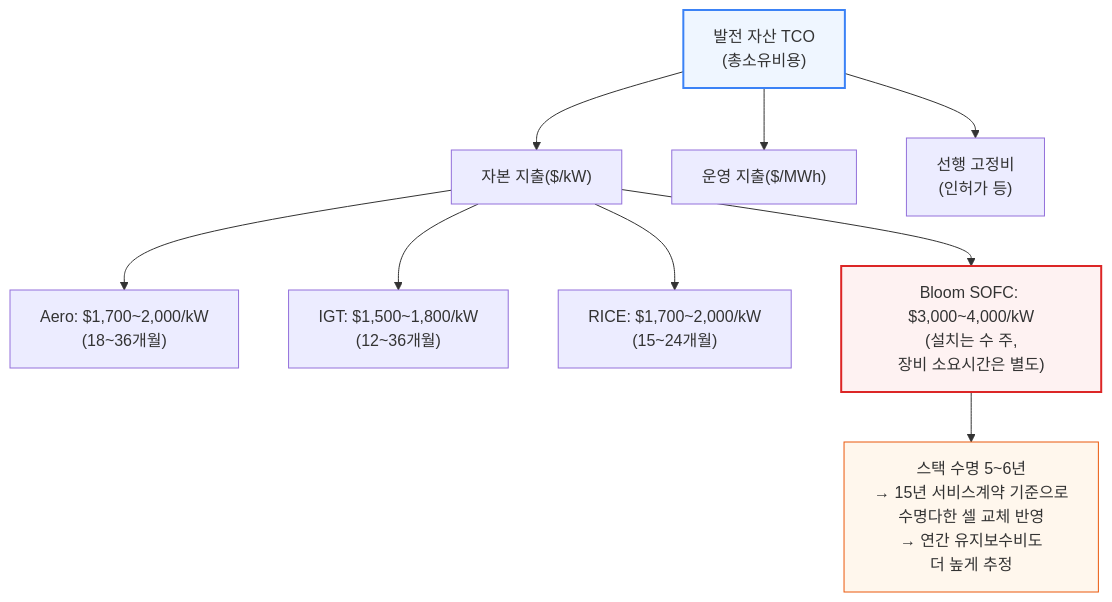
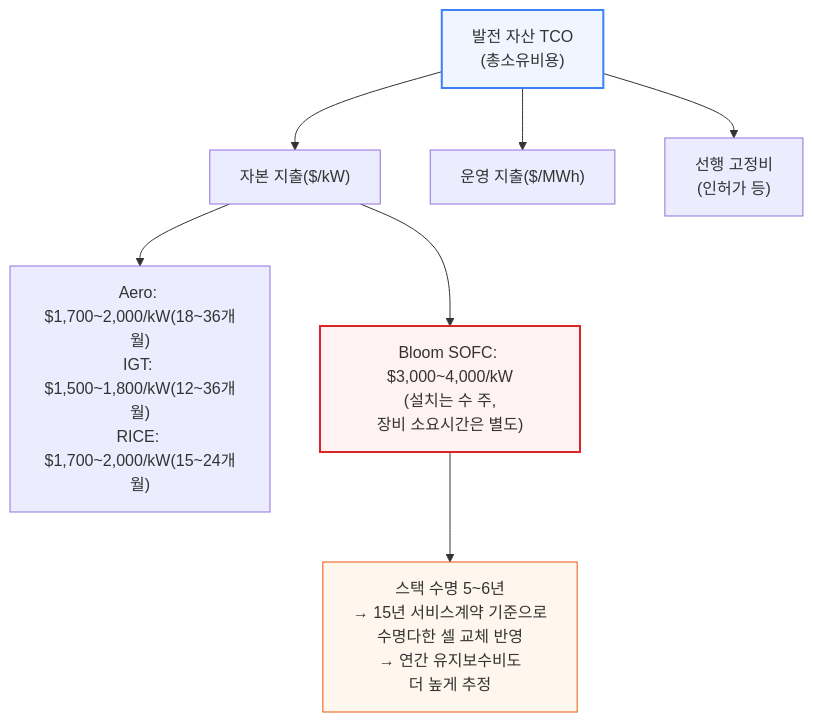
Diagram 30 of 34 in 원본 해석/[251231] AI 랩들은 어떻게 전력난을 해결하는가 - 온사이트 가스 딥다이브.md (yohan4477/semi-report), drawn with Mermaid before and after one commit. The commit also changed other lines of this file, not shown here.

First line of the commit message:
Fix all remaining diagram width violations in onsite gas doc (v14.0)

````diff
--- a/원본 해석/[251231] AI 랩들은 어떻게 전력난을 해결하는가 - 온사이트 가스 딥다이브.md
+++ b/원본 해석/[251231] AI 랩들은 어떻게 전력난을 해결하는가 - 온사이트 가스 딥다이브.md
@@ -977,17 +890,15 @@
 ```mermaid
 flowchart TD
     TCO["발전 자산 TCO<br/>(총소유비용)"] --> Capex["자본 지출($/kW)"]
     TCO --> Opex["운영 지출($/MWh)"]
     TCO --> Upfront["선행 고정비<br/>(인허가 등)"]
 
-    Capex --> AeroC["Aero: $1,700~2,000/kW<br/>(18~36개월)"]
-    Capex --> IGTC["IGT: $1,500~1,800/kW<br/>(12~36개월)"]
-    Capex --> RICEC["RICE: $1,700~2,000/kW<br/>(15~24개월)"]
+    Capex --> ConvC["Aero: $1,700~2,000/kW(18~36개월)<br/>IGT: $1,500~1,800/kW(12~36개월)<br/>RICE: $1,700~2,000/kW(15~24개월)"]
     Capex --> BloomC["Bloom SOFC: $3,000~4,000/kW<br/>(설치는 수 주,<br/>장비 소요시간은 별도)"]
 
     BloomC --> BloomNote["스택 수명 5~6년<br/>→ 15년 서비스계약 기준으로<br/>수명다한 셀 교체 반영<br/>→ 연간 유지보수비도<br/>더 높게 추정"]
 
     style TCO fill:#eff6ff,stroke:#3b82f6,stroke-width:2px
     style BloomC fill:#fef2f2,stroke:#dc2626,stroke-width:2px
     style BloomNote fill:#fff7ed,stroke:#ea580c
 ```
````
